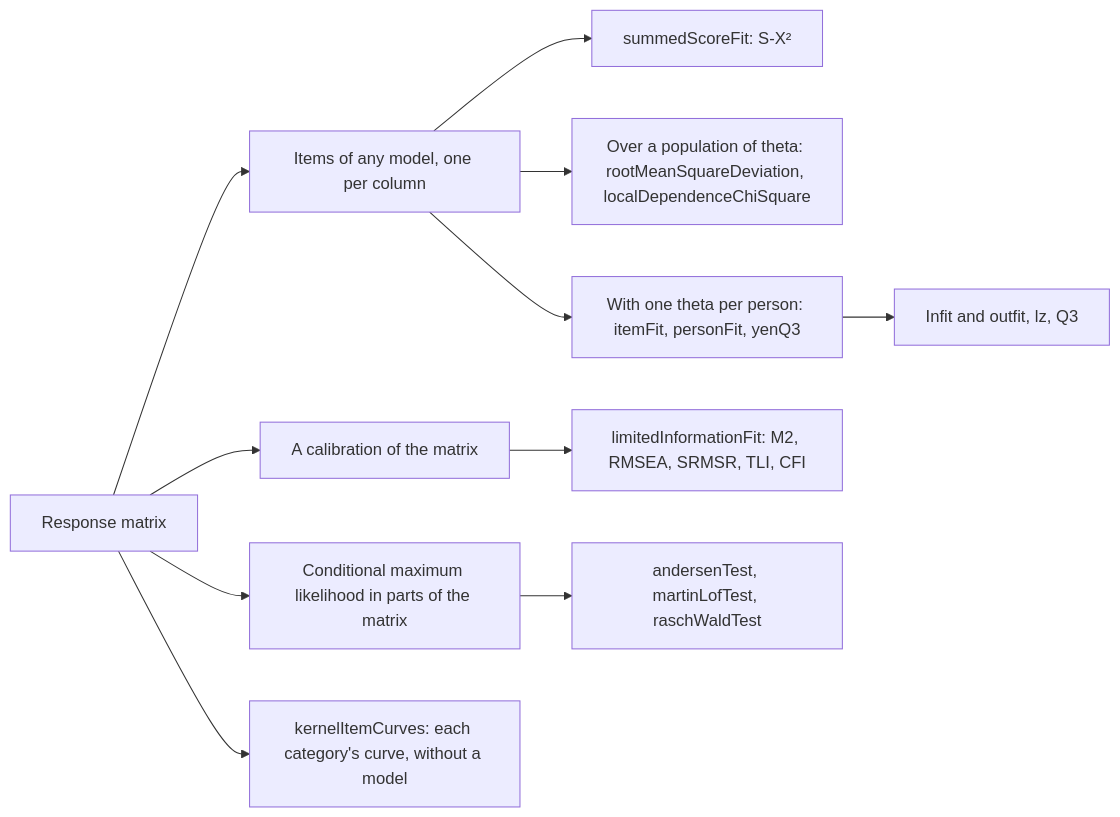
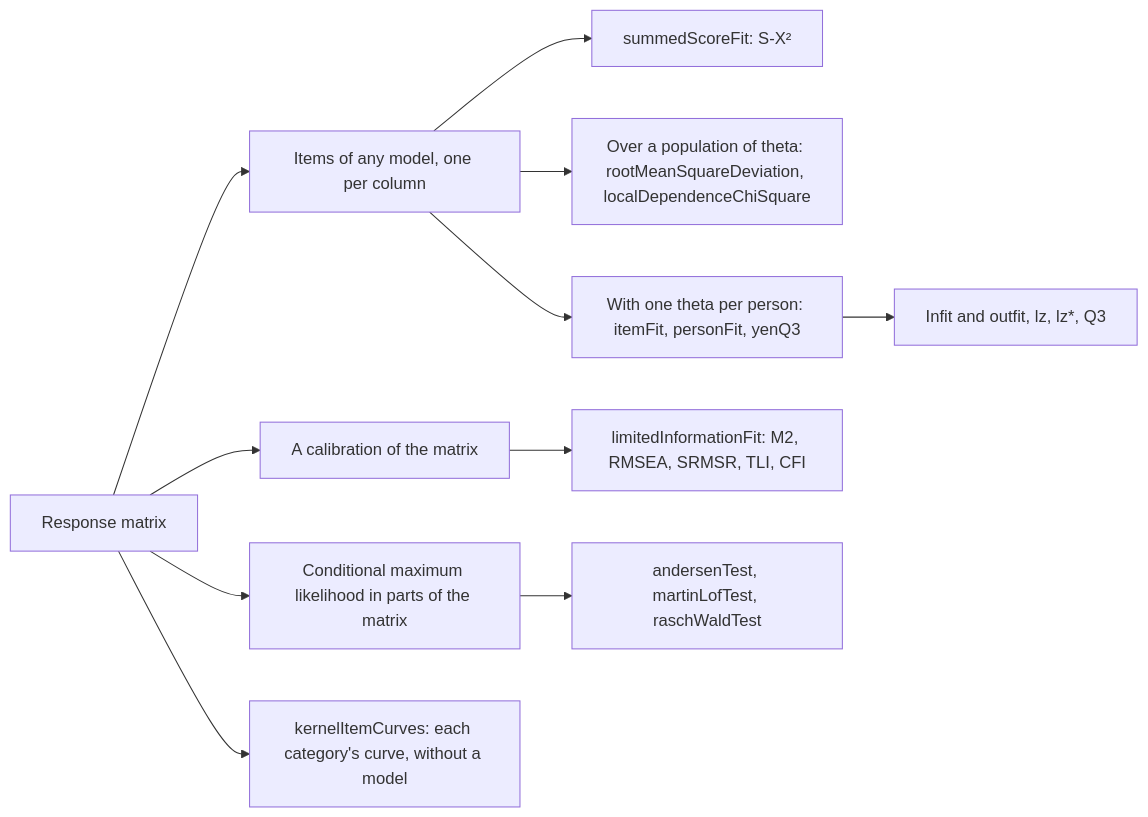
Before and after one commit to measurekit/measurekit: the first of 5 diagrams in docs/psychometrics/fit.md, drawn with Mermaid. The commit also changed other lines of this file and 16 other files, not shown here.

````diff
--- a/docs/psychometrics/fit.md
+++ b/docs/psychometrics/fit.md
@@ -9,13 +9,13 @@
 ```mermaid
 flowchart LR
   M["Response matrix"] --> I["Items of any model, one per column"]
   I --> S["summedScoreFit: S-X²"]
   I --> D["Over a population of theta: rootMeanSquareDeviation, localDependenceChiSquare"]
   I --> R["With one theta per person: itemFit, personFit, yenQ3"]
-  R --> A["Infit and outfit, lz, Q3"]
+  R --> A["Infit and outfit, lz, lz*, Q3"]
   M --> C["A calibration of the matrix"]
   C --> L["limitedInformationFit: M2, RMSEA, SRMSR, TLI, CFI"]
   M --> T["Conditional maximum likelihood in parts of the matrix"]
   T --> E["andersenTest, martinLofTest, raschWaldTest"]
   M --> K["kernelItemCurves: each category's curve, without a model"]
 ```
````
